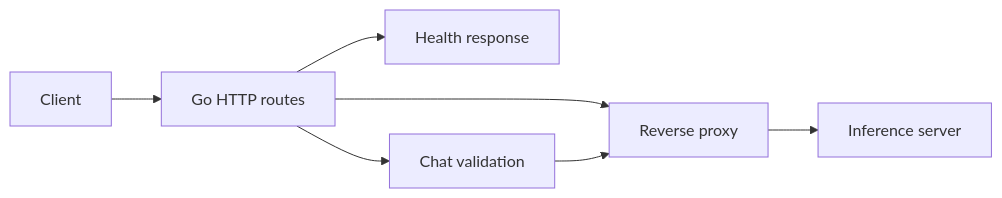
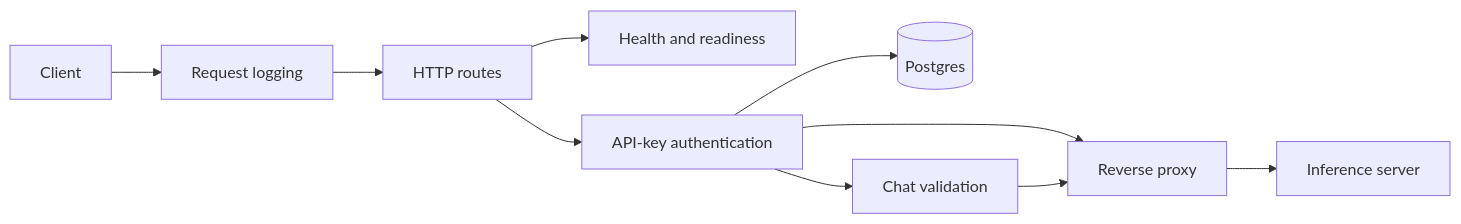
One commit to TheRealShek/llmgate changed the diagram in README.md. Above: the diagram before and after it, drawn with Mermaid. The commit also changed other lines of this file and 3 other files, not shown here.

````diff
--- a/README.md
+++ b/README.md
@@ -64,9 +75,12 @@
 ```mermaid
 flowchart LR
-    Client --> Routes[Go HTTP routes]
-    Routes --> Health[Health response]
-    Routes --> Chat[Chat validation]
-    Routes --> Proxy[Reverse proxy]
+    Client --> Logs[Request logging]
+    Logs --> Routes[HTTP routes]
+    Routes --> Probes[Health and readiness]
+    Routes --> Auth[API-key authentication]
+    Auth --> Postgres[(Postgres)]
+    Auth --> Chat[Chat validation]
+    Auth --> Proxy[Reverse proxy]
     Chat --> Proxy
     Proxy --> Backend[Inference server]
 ```
````
